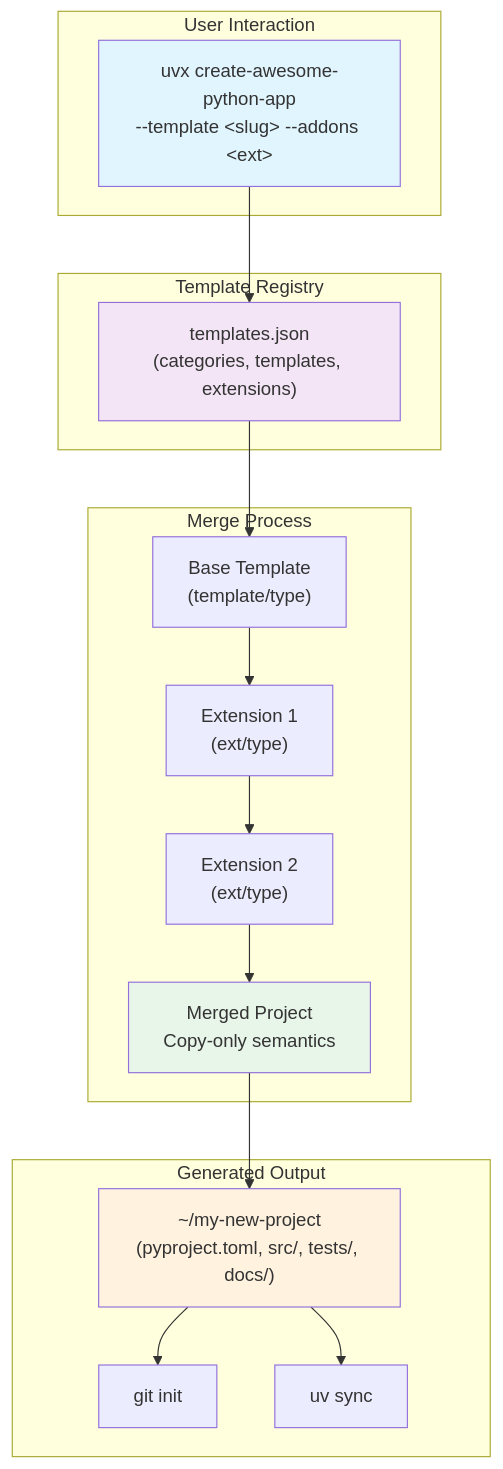
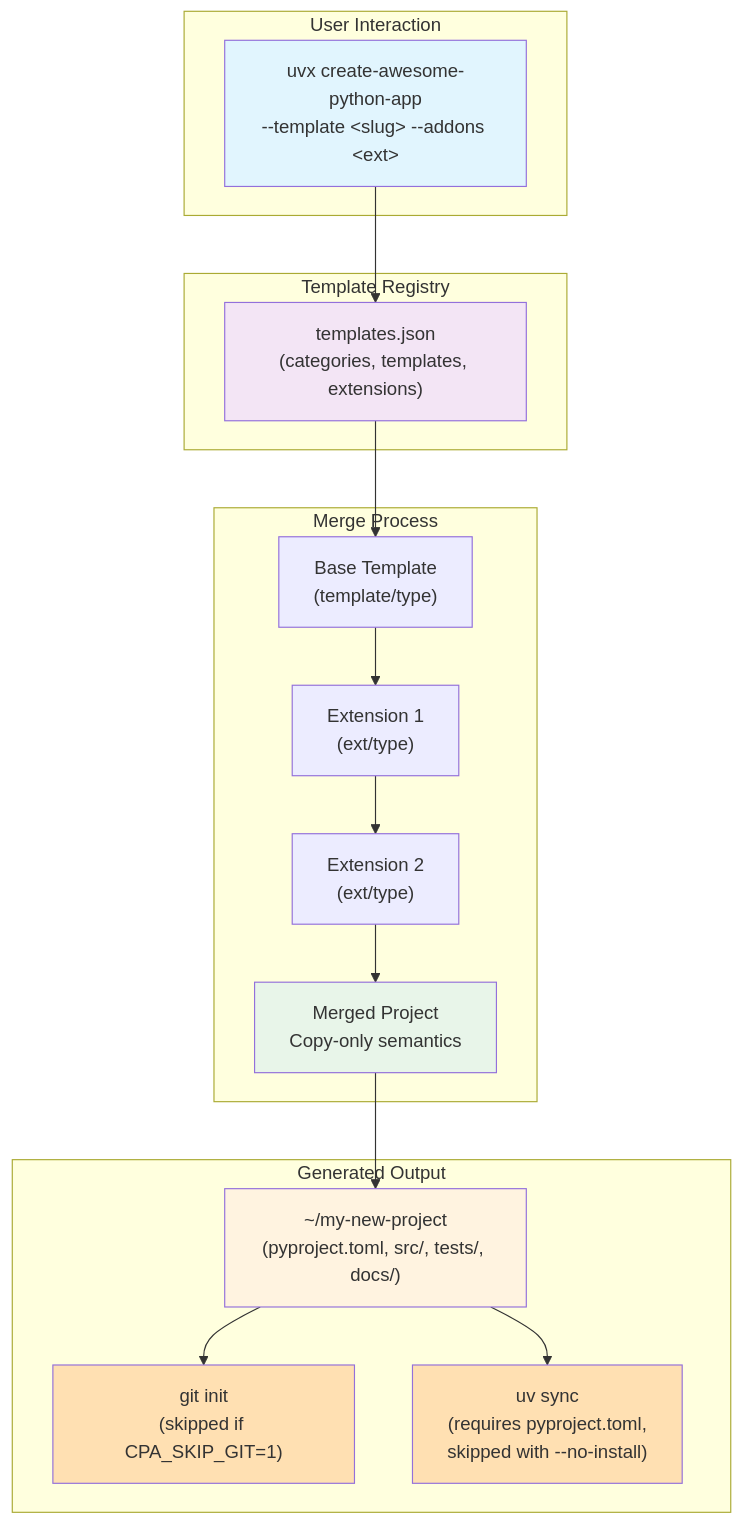
The diagram in docs/ARCHITECTURE.md (Create-Python-App/cpa-templates), drawn with Mermaid before and after one commit.

Commit message:
docs: add generation guards to architecture diagram
Address CodeRabbit review feedback by showing:
- git init is skipped when CPA_SKIP_GIT=1
- uv sync requires pyproject.toml and is skipped with --no-install

Also added warm styling to conditional nodes for visual distinction.

````diff
--- a/docs/ARCHITECTURE.md
+++ b/docs/ARCHITECTURE.md
@@ -5,37 +5,39 @@
 ```mermaid
 flowchart TB
     subgraph User["User Interaction"]
         CLI["uvx create-awesome-python-app\n--template &lt;slug&gt; --addons &lt;ext&gt;"]
     end
 
     subgraph Registry["Template Registry"]
         JSON["templates.json\n(categories, templates, extensions)"]
     end
 
     subgraph Merge["Merge Process"]
         Template["Base Template\n(template/type)"]
         Ext1["Extension 1\n(ext/type)"]
         Ext2["Extension 2\n(ext/type)"]
         Merged["Merged Project\nCopy-only semantics"]
     end
 
     subgraph Result["Generated Output"]
         Project["~/my-new-project\n(pyproject.toml, src/, tests/, docs/)"]
-        Git["git init"]
-        Install["uv sync"]
+        Git["git init\n(skipped if CPA_SKIP_GIT=1)"]
+        Install["uv sync\n(requires pyproject.toml,\n skipped with --no-install)"]
     end
 
     CLI --> JSON
     JSON --> Template
     Template --> Ext1
     Ext1 --> Ext2
     Ext2 --> Merged
     Merged --> Project
     Project --> Git
     Project --> Install
 
     style CLI fill:#e1f5fe
     style JSON fill:#f3e5f5
     style Merged fill:#e8f5e9
     style Project fill:#fff3e0
+    style Git fill:#ffe0b2
+    style Install fill:#ffe0b2
 ```
````
